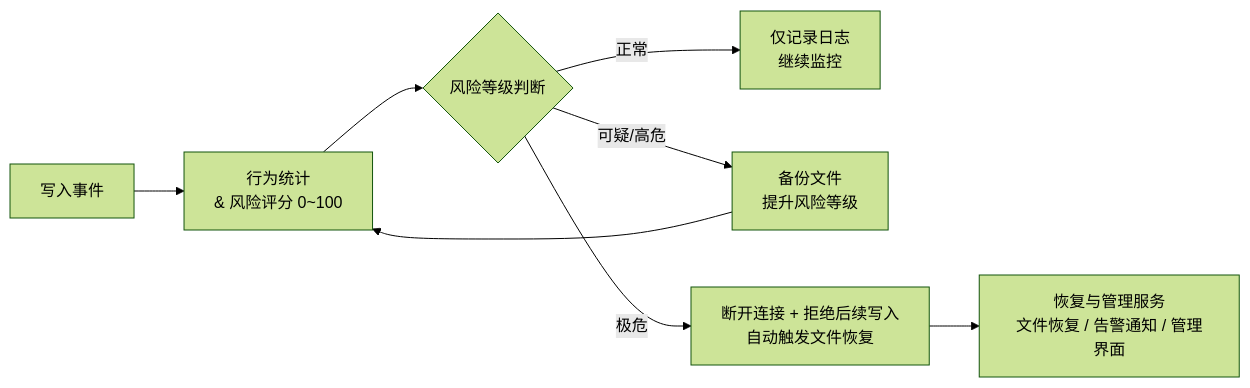
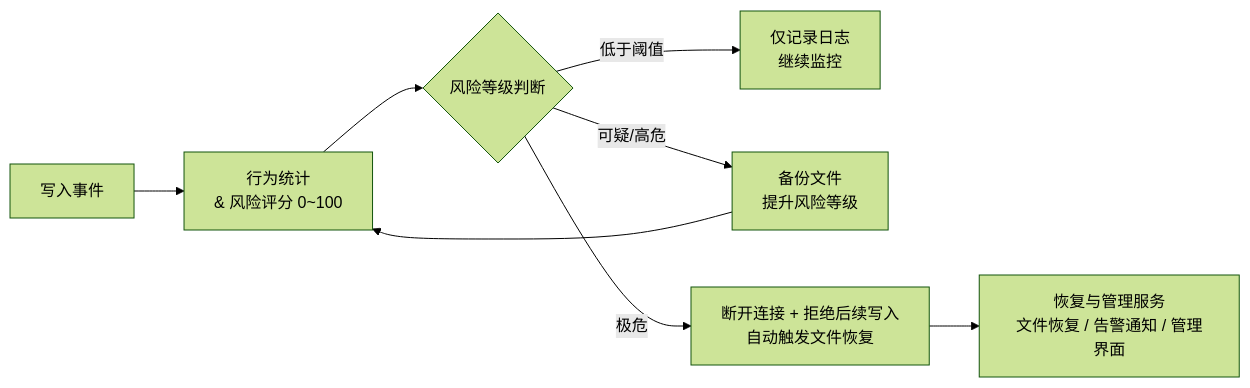
One commit to xd121614/ne_gfrguard changed the second of 11 diagrams in doc/specs/architecture_v2.md. Above: the diagram before and after it, drawn with Mermaid (forest theme). The commit also changed other lines of this file, not shown here.

````diff
--- a/doc/specs/architecture_v2.md
+++ b/doc/specs/architecture_v2.md
@@ -129,10 +129,10 @@
 ```mermaid
 flowchart LR
 	A[写入事件] --> B[行为统计<br/>& 风险评分 0~100]
 	B --> C{风险等级判断}
-	C -->|正常| D[仅记录日志<br/>继续监控]
+	C -->|低于阈值| D[仅记录日志<br/>继续监控]
 	C -->|可疑/高危| E[备份文件<br/>提升风险等级]
 	C -->|极危| F[断开连接 + 拒绝后续写入<br/>自动触发文件恢复]
 	E --> B
 	F --> G[恢复与管理服务<br/>文件恢复 / 告警通知 / 管理界面]
 ```
````
